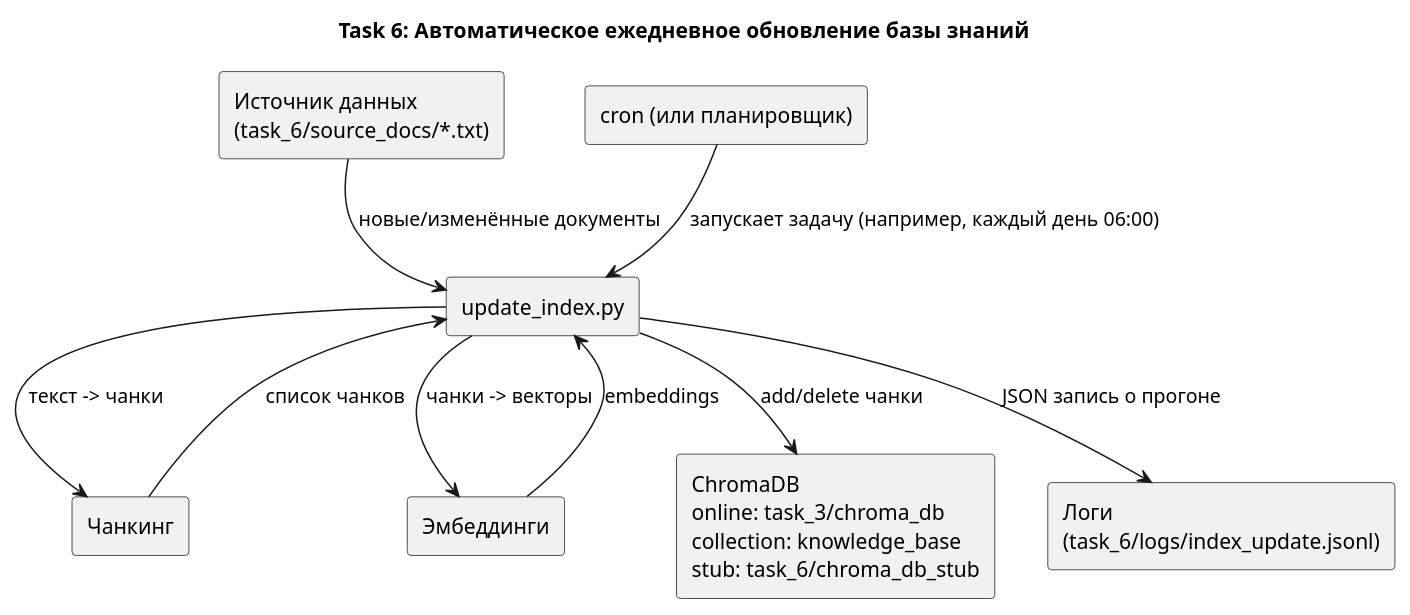
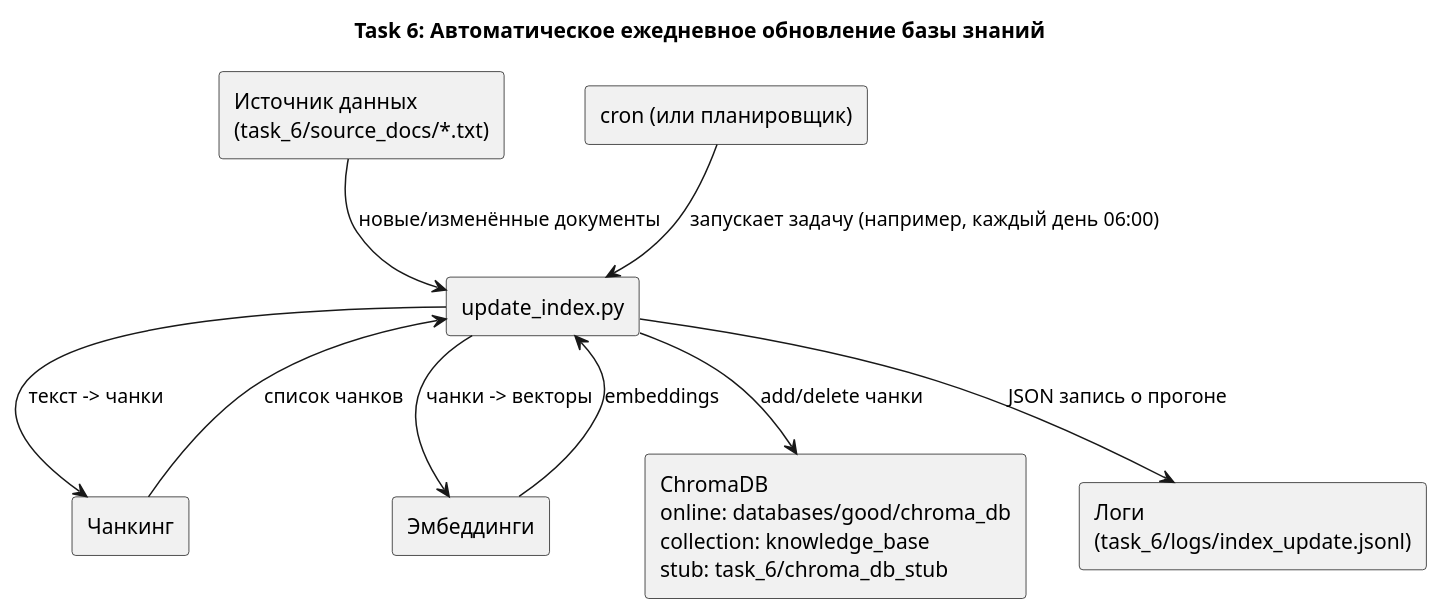
Before and after one commit to MorKaragh/architecture-pro-ai: the diagram in task_6/architecture.puml, drawn with PlantUML. The commit also changed 27 other files, not shown here.

```diff
--- a/task_6/architecture.puml
+++ b/task_6/architecture.puml
@@ -1,21 +1,21 @@
 @startuml
 title Task 6: Автоматическое ежедневное обновление базы знаний
 
 rectangle "Источник данных\n(task_6/source_docs/*.txt)" as Source
 rectangle "cron (или планировщик)" as Cron
 rectangle "update_index.py" as Script
 rectangle "Чанкинг" as Chunker
 rectangle "Эмбеддинги" as Embeddings
-rectangle "ChromaDB\nonline: task_3/chroma_db\ncollection: knowledge_base\nstub: task_6/chroma_db_stub" as Index
+rectangle "ChromaDB\nonline: databases/good/chroma_db\ncollection: knowledge_base\nstub: task_6/chroma_db_stub" as Index
 rectangle "Логи\n(task_6/logs/index_update.jsonl)" as Logs
 
 Cron --> Script : запускает задачу (например, каждый день 06:00)
 Source --> Script : новые/изменённые документы
 Script --> Chunker : текст -> чанки
 Chunker --> Script : список чанков
 Script --> Embeddings : чанки -> векторы
 Embeddings --> Script : embeddings
 Script --> Index : add/delete чанки
 Script --> Logs : JSON запись о прогоне
 
 @enduml
```
